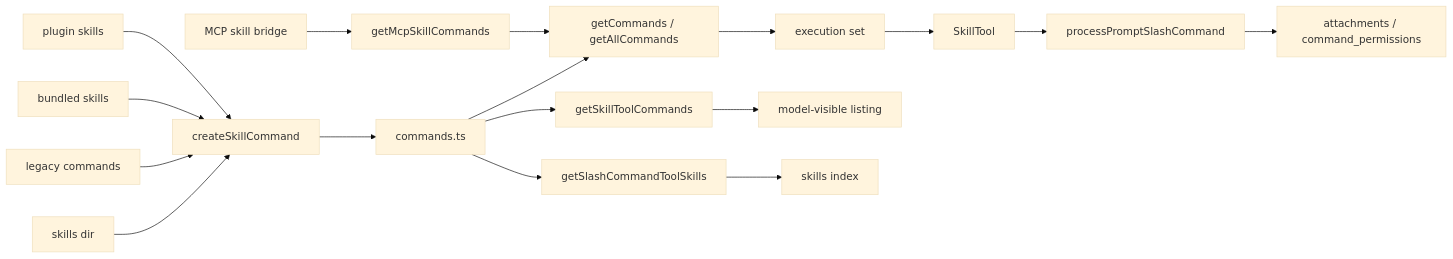
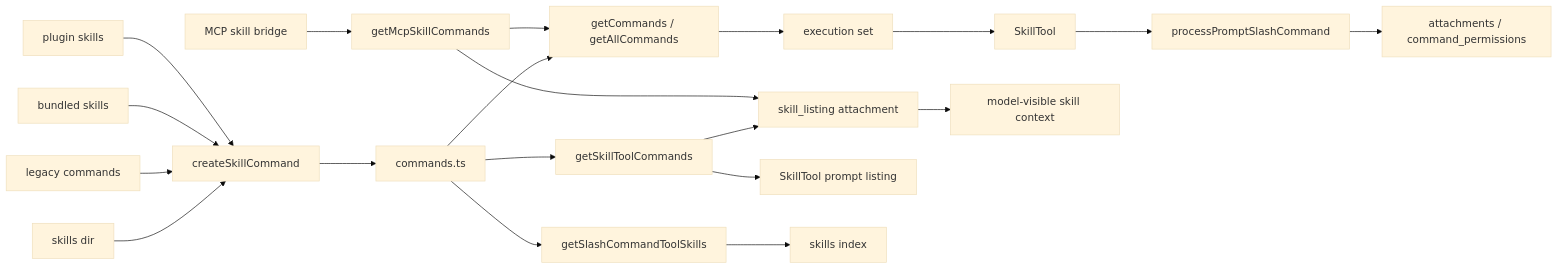
One commit to Boulea7/ClaudeCode-Source-DeepDive changed the diagram in PROMPTS/skills-and-command-injection.md. Above: the diagram before and after it, drawn with Mermaid (base theme). The commit also changed other lines of this file and 8 other files, not shown here.

````diff
--- a/PROMPTS/skills-and-command-injection.md
+++ b/PROMPTS/skills-and-command-injection.md
@@ -171,19 +170,22 @@
 ```mermaid
 flowchart LR
     A[skills dir] --> E[createSkillCommand]
     B[legacy commands] --> E
     C[bundled skills] --> E
     D[plugin skills] --> E
     F[MCP skill bridge] --> G[getMcpSkillCommands]
     E --> H[commands.ts]
     H --> I[getCommands / getAllCommands]
     H --> J[getSkillToolCommands]
     H --> K[getSlashCommandToolSkills]
     G --> I
+    J --> R[skill_listing attachment]
+    G --> R
     I --> L[execution set]
-    J --> M[model-visible listing]
+    J --> M[SkillTool prompt listing]
     K --> N[skills index]
     L --> O[SkillTool]
     O --> P[processPromptSlashCommand]
     P --> Q[attachments / command_permissions]
+    R --> S[model-visible skill context]
 ```
````
